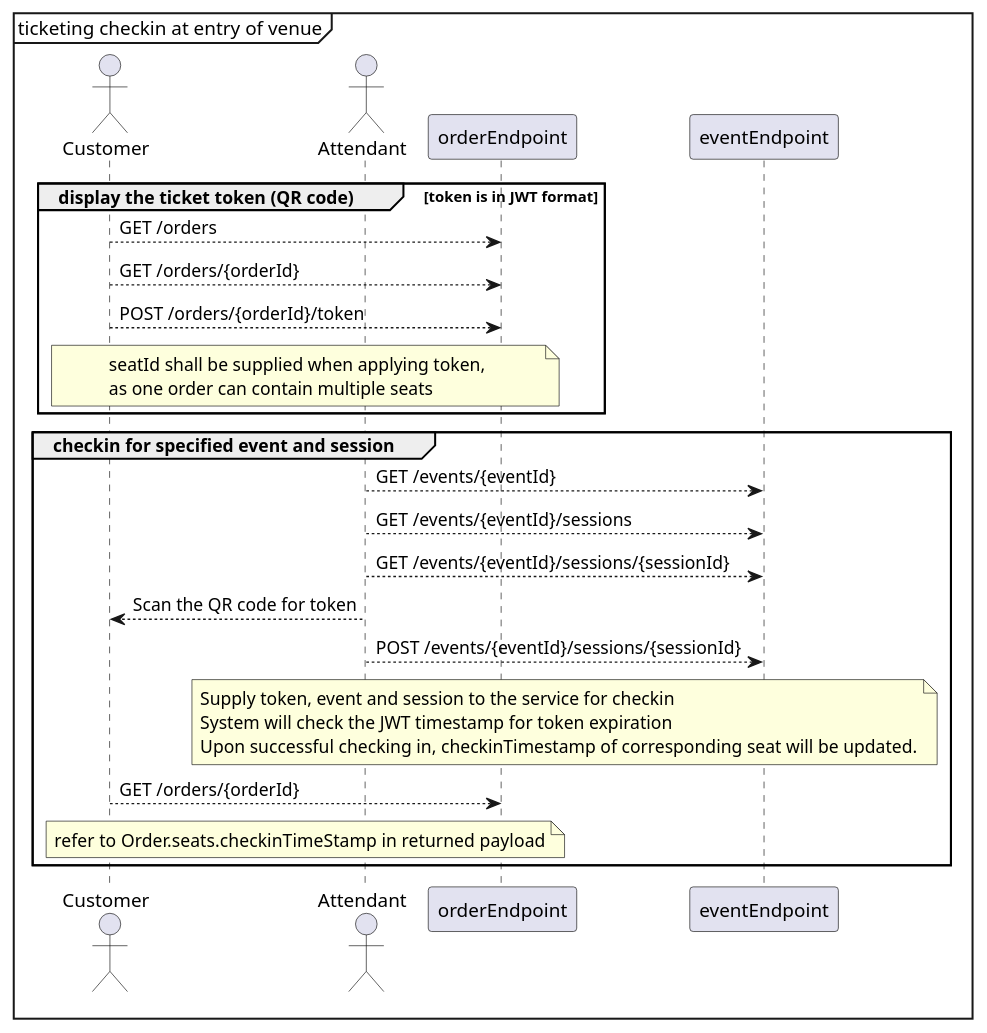
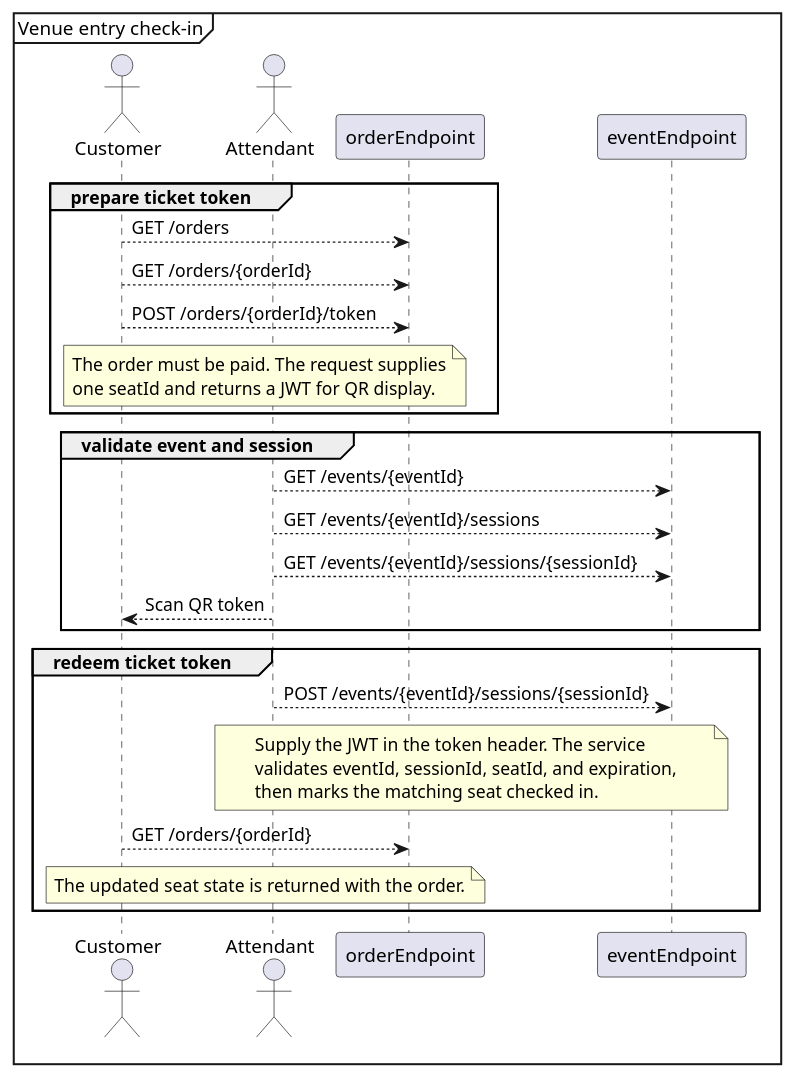
Before and after one commit to grantsunny/JTicket: the diagram in uml/checkin.plantuml, drawn with PlantUML. The commit also changed 18 other files, not shown here.

```diff
--- a/uml/checkin.plantuml
+++ b/uml/checkin.plantuml
@@ -1,46 +1,39 @@
 @startuml
-mainframe ticketing checkin at entry of venue
+mainframe Venue entry check-in
 
 actor Customer
 actor Attendant
 participant orderEndpoint
 participant eventEndpoint
 
-group display the ticket token (QR code)  [token is in JWT format]
+group prepare ticket token
 Customer --> orderEndpoint: GET /orders
 Customer --> orderEndpoint: GET /orders/{orderId}
 Customer --> orderEndpoint: POST /orders/{orderId}/token
 note over Customer, orderEndpoint
-seatId shall be supplied when applying token, 
-as one order can contain multiple seats
+The order must be paid. The request supplies
+one seatId and returns a JWT for QR display.
 end note
-
-
 end
 
-group checkin for specified event and session
+group validate event and session
 Attendant --> eventEndpoint: GET /events/{eventId}
 Attendant --> eventEndpoint: GET /events/{eventId}/sessions
 Attendant --> eventEndpoint: GET /events/{eventId}/sessions/{sessionId}
-Attendant --> Customer: Scan the QR code for token
+Attendant --> Customer: Scan QR token
+end
 
-
+group redeem ticket token
 Attendant --> eventEndpoint: POST /events/{eventId}/sessions/{sessionId}
 note over Attendant, eventEndpoint
-Supply token, event and session to the service for checkin
-System will check the JWT timestamp for token expiration
-Upon successful checking in, checkinTimestamp of corresponding seat will be updated.
+Supply the JWT in the token header. The service
+validates eventId, sessionId, seatId, and expiration,
+then marks the matching seat checked in.
 end note
-
-
 Customer --> orderEndpoint: GET /orders/{orderId}
 note over Customer, orderEndpoint
-refer to Order.seats.checkinTimeStamp in returned payload
+The updated seat state is returned with the order.
 end note
-
 end
 
-
-
-
 @enduml
```
